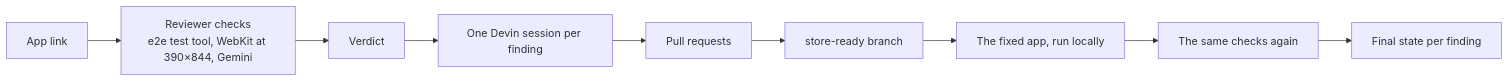
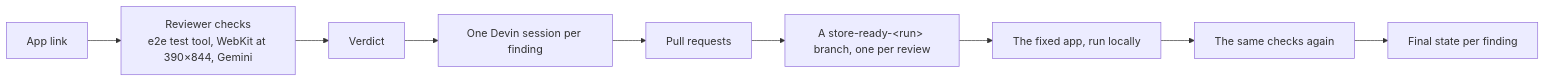
Before and after one commit to alexgofman/fixthenship: the diagram in README.md, drawn with Mermaid. The commit also changed other lines of this file, not shown here.

Commit message:
README: one store-ready-<run> branch per review

````diff
--- a/README.md
+++ b/README.md
@@ -38,11 +38,11 @@
 ```mermaid
 flowchart LR
   A[App link] --> B["Reviewer checks<br/>e2e test tool, WebKit at 390×844, Gemini"]
   B --> C[Verdict]
   C --> D[One Devin session per finding]
   D --> E[Pull requests]
-  E --> F[store-ready branch]
+  E --> F["A store-ready-#lt;run#gt; branch, one per review"]
   F --> G[The fixed app, run locally]
   G --> H[The same checks again]
   H --> I[Final state per finding]
 ```
````
